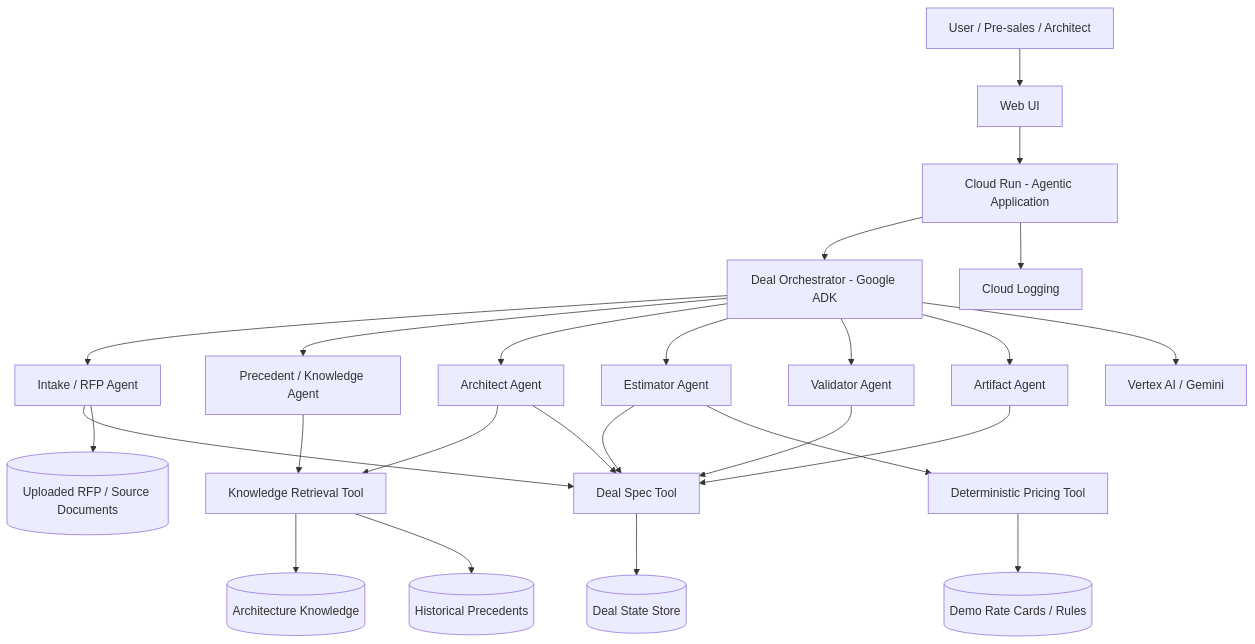
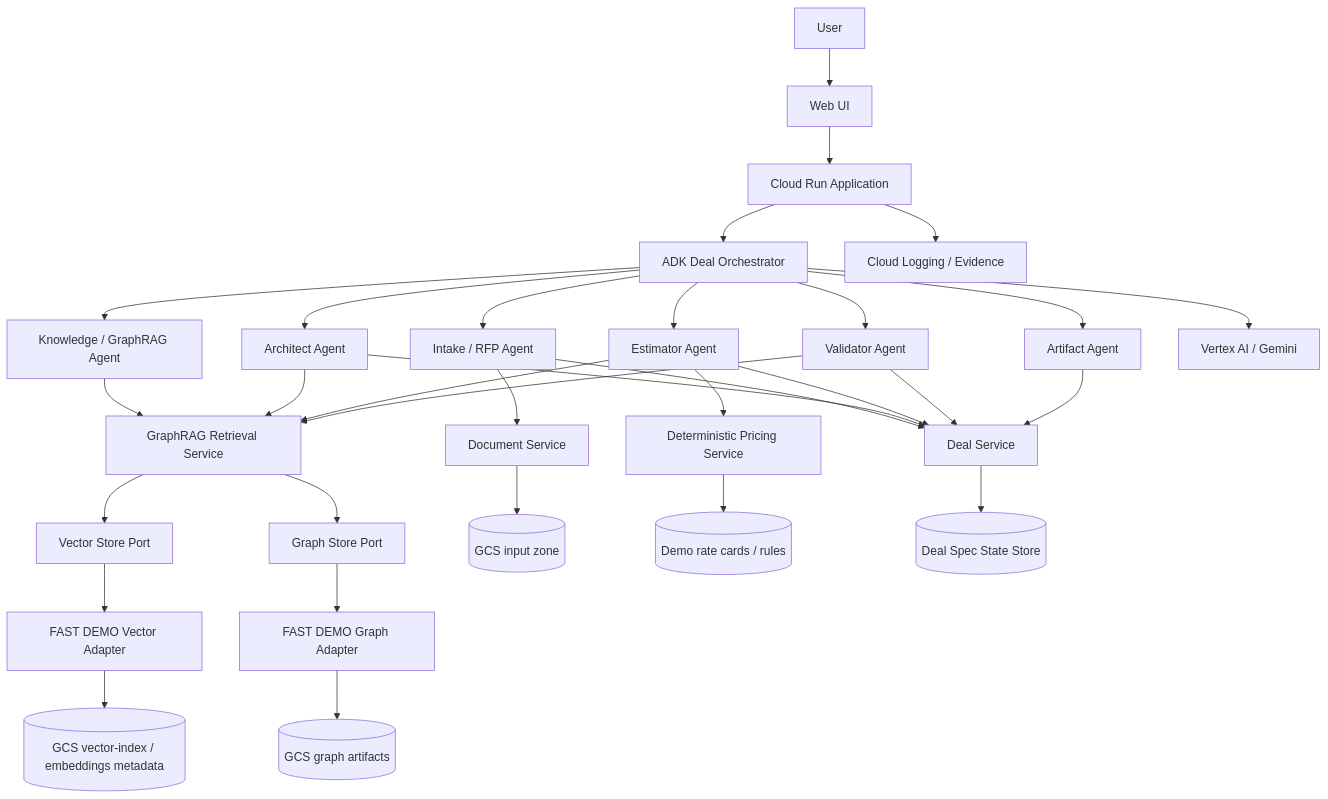
The second of 9 diagrams in docs/ARCHITECTURE.md (JuliusCordova/Solution_Deal_Agent), drawn with Mermaid before and after one commit. The commit also changed other lines of this file and 4 other files, not shown here.

First line of the commit message:
SPEC-001: GraphRAG construction baseline

````diff
--- a/docs/ARCHITECTURE.md
+++ b/docs/ARCHITECTURE.md
@@ -28,33 +53,41 @@
 ```mermaid
 flowchart TB
-    U[User / Pre-sales / Architect] --> UI[Web UI]
-    UI --> API[Cloud Run - Agentic Application]
-
-    API --> ORCH[Deal Orchestrator - Google ADK]
+    U[User] --> FE[Web UI]
+    FE --> API[Cloud Run Application]
+    API --> ORCH[ADK Deal Orchestrator]
 
     ORCH --> INTAKE[Intake / RFP Agent]
-    ORCH --> KNOW[Precedent / Knowledge Agent]
+    ORCH --> KNOW[Knowledge / GraphRAG Agent]
     ORCH --> ARCH[Architect Agent]
     ORCH --> EST[Estimator Agent]
     ORCH --> VAL[Validator Agent]
     ORCH --> ART[Artifact Agent]
 
-    INTAKE --> DEAL[Deal Spec Tool]
-    KNOW --> RET[Knowledge Retrieval Tool]
-    ARCH --> RET
+    INTAKE --> DEAL[Deal Service]
     ARCH --> DEAL
     EST --> DEAL
-    EST --> PRICE[Deterministic Pricing Tool]
     VAL --> DEAL
     ART --> DEAL
 
-    RET --> KB1[(Architecture Knowledge)]
-    RET --> KB2[(Historical Precedents)]
-    INTAKE --> DOC[(Uploaded RFP / Source Documents)]
+    KNOW --> KR[GraphRAG Retrieval Service]
+    ARCH --> KR
+    EST --> KR
+    VAL --> KR
 
-    DEAL --> STATE[(Deal State Store)]
-    PRICE --> RULES[(Demo Rate Cards / Rules)]
+    KR --> VEC[Vector Store Port]
+    KR --> GRAPH[Graph Store Port]
+    VEC --> VADAPT[FAST DEMO Vector Adapter]
+    GRAPH --> GADAPT[FAST DEMO Graph Adapter]
+    VADAPT --> GCSV[(GCS vector-index / embeddings metadata)]
+    GADAPT --> GCSG[(GCS graph artifacts)]
 
-    ORCH --> VAI[Vertex AI / Gemini]
-    API --> LOG[Cloud Logging]
+    INTAKE --> DOC[Document Service]
+    DOC --> GCSI[(GCS input zone)]
+
+    EST --> PRICE[Deterministic Pricing Service]
+    PRICE --> RATE[(Demo rate cards / rules)]
+
+    DEAL --> STATE[(Deal Spec State Store)]
+    ORCH --> GEM[Vertex AI / Gemini]
+    API --> LOG[Cloud Logging / Evidence]
 ```
````
